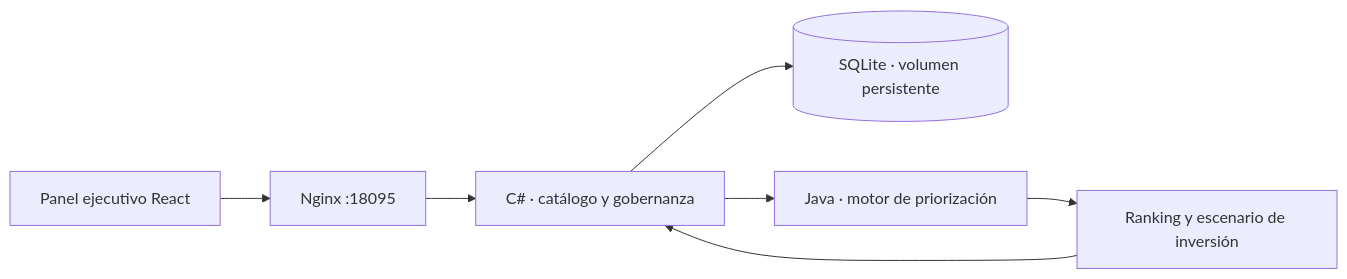
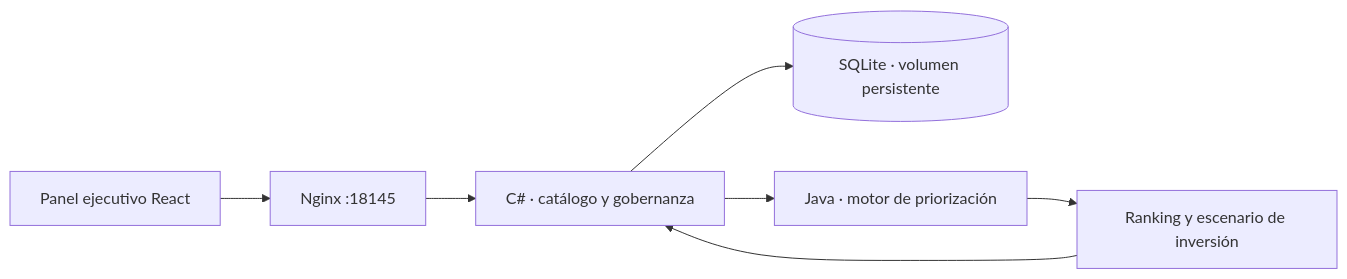
One commit to jorgefprietol/enterprise-architecture-hub changed the diagram in README.md. Above: the diagram before and after it, drawn with Mermaid. The commit also changed other lines of this file and 7 other files, not shown here.

````diff
--- a/README.md
+++ b/README.md
@@ -48,9 +48,9 @@
 ```mermaid
 flowchart LR
-  User[Panel ejecutivo React] --> Edge[Nginx :18095]
+  User[Panel ejecutivo React] --> Edge[Nginx :18145]
   Edge --> Catalog[C# · catálogo y gobernanza]
   Catalog --> SQL[(SQLite · volumen persistente)]
   Catalog --> Engine[Java · motor de priorización]
   Engine --> Ranking[Ranking y escenario de inversión]
   Ranking --> Catalog
 ```
````
